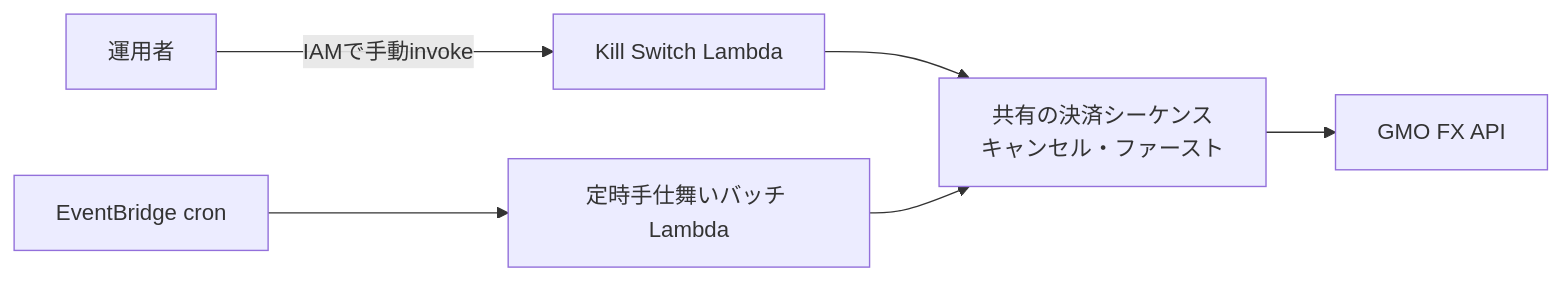
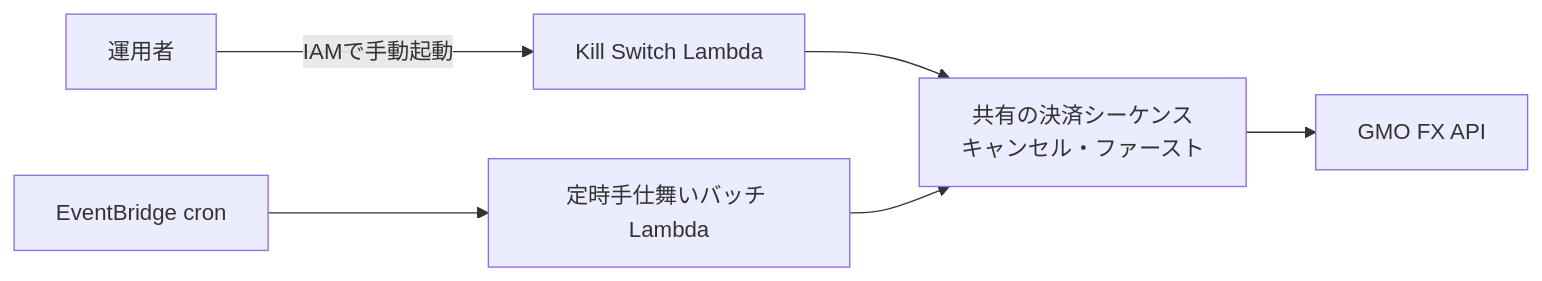
Before and after one commit to ozapon-IT/my-zenn: the first of 2 diagrams in articles/gmo-fx-kill-switch-idempotency.md, drawn with Mermaid. The commit also changed other lines of this file and 6 other files, not shown here.

````diff
--- a/articles/gmo-fx-kill-switch-idempotency.md
+++ b/articles/gmo-fx-kill-switch-idempotency.md
@@ -29,8 +29,8 @@
 ```mermaid
 flowchart LR
-    A[運用者] -- IAMで手動invoke --> K[Kill Switch Lambda]
+    A[運用者] -- IAMで手動起動 --> K[Kill Switch Lambda]
     E[EventBridge cron] --> B[定時手仕舞いバッチ Lambda]
     K --> S[共有の決済シーケンス<br/>キャンセル・ファースト]
     B --> S
     S --> G[GMO FX API]
 ```
````
